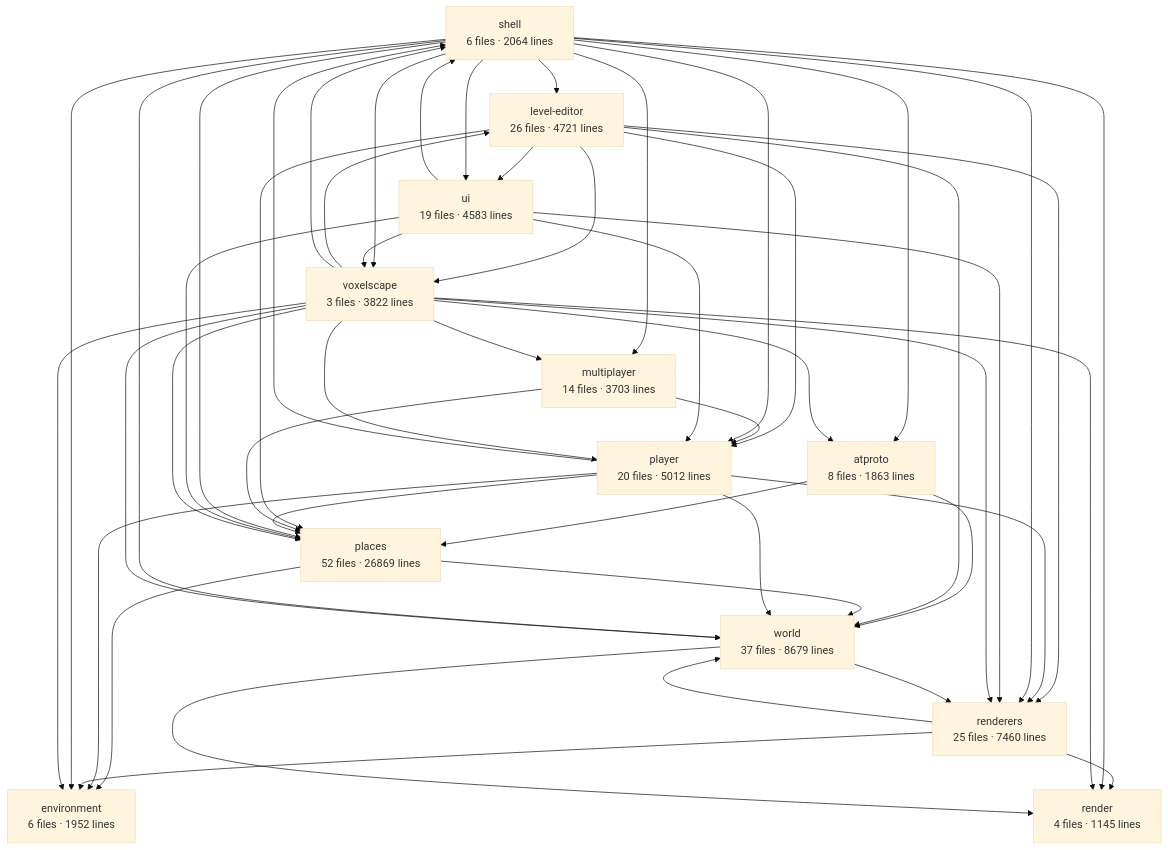
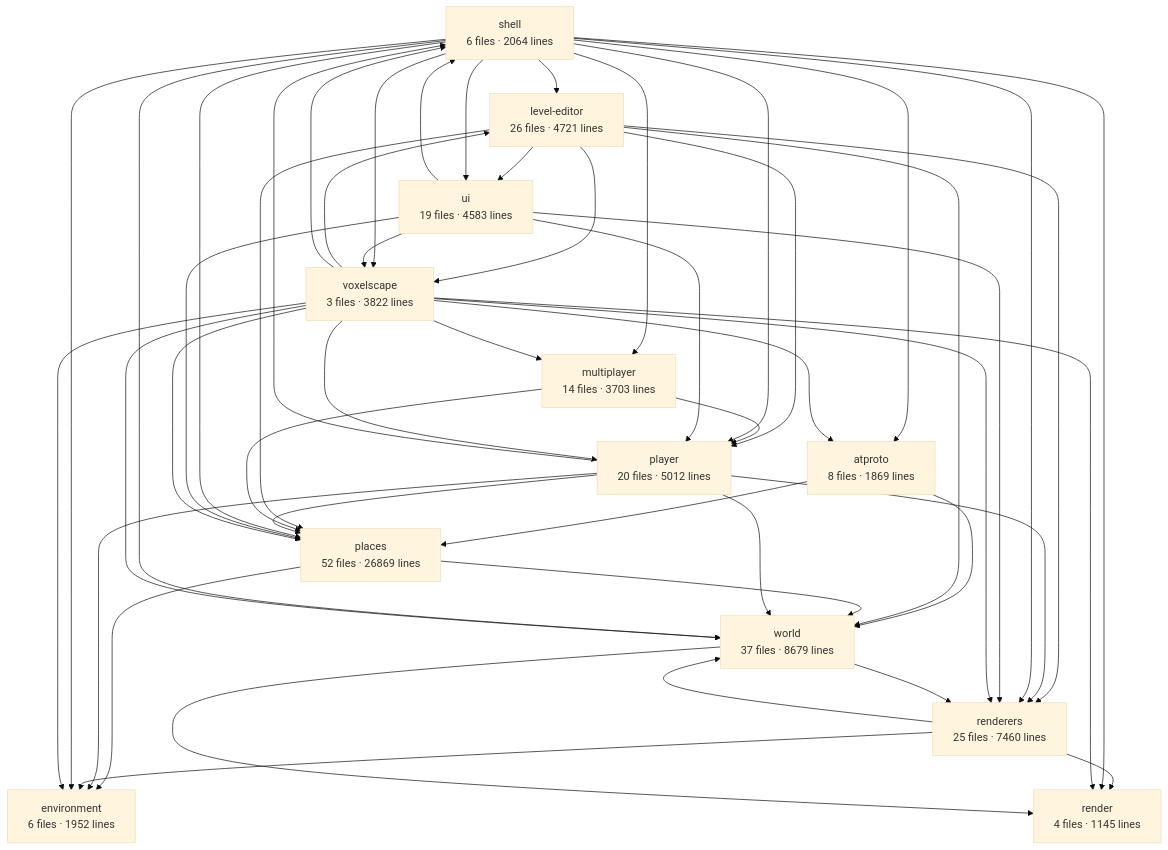
One commit to big-mesh-studios/big-mesh-studios changed the diagram in apps/voxelscape/docs/architecture.md. Above: the diagram before and after it, drawn with Mermaid (base theme). The commit also changed other lines of this file and 4 other files, not shown here.

````diff
--- a/apps/voxelscape/docs/architecture.md
+++ b/apps/voxelscape/docs/architecture.md
@@ -6,63 +6,63 @@
 ```mermaid
 graph TD
   shell["shell<br/>6 files · 2064 lines"]
   voxelscape["voxelscape<br/>3 files · 3822 lines"]
   world["world<br/>37 files · 8679 lines"]
   renderers["renderers<br/>25 files · 7460 lines"]
   render["render<br/>4 files · 1145 lines"]
   player["player<br/>20 files · 5012 lines"]
   multiplayer["multiplayer<br/>14 files · 3703 lines"]
   places["places<br/>52 files · 26869 lines"]
   environment["environment<br/>6 files · 1952 lines"]
-  atproto["atproto<br/>8 files · 1863 lines"]
+  atproto["atproto<br/>8 files · 1869 lines"]
   ui["ui<br/>19 files · 4583 lines"]
   level-editor["level-editor<br/>26 files · 4721 lines"]
   atproto --> places
   atproto --> world
   level-editor --> places
   level-editor --> player
   level-editor --> renderers
   level-editor --> ui
   level-editor --> voxelscape
   level-editor --> world
   multiplayer --> places
   multiplayer --> player
   places --> environment
   places --> world
   player --> environment
   player --> places
   player --> renderers
   player --> shell
   player --> world
   renderers --> environment
   renderers --> render
   renderers --> world
   shell --> atproto
   shell --> environment
   shell --> level-editor
   shell --> multiplayer
   shell --> places
   shell --> player
   shell --> render
   shell --> renderers
   shell --> ui
   shell --> voxelscape
   shell --> world
   ui --> places
   ui --> player
   ui --> renderers
   ui --> shell
   ui --> voxelscape
   voxelscape --> atproto
   voxelscape --> environment
   voxelscape --> level-editor
   voxelscape --> multiplayer
   voxelscape --> places
   voxelscape --> player
   voxelscape --> render
   voxelscape --> renderers
   voxelscape --> shell
   voxelscape --> world
   world --> render
   world --> renderers
 ```
````
